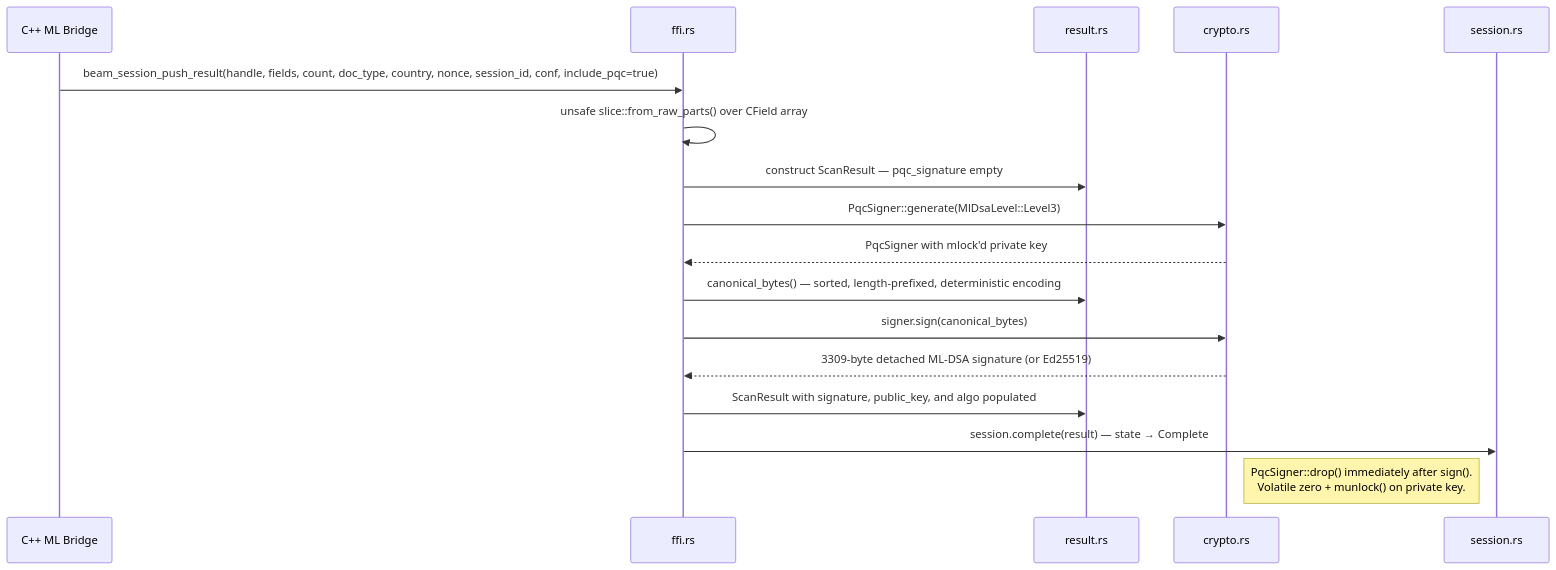
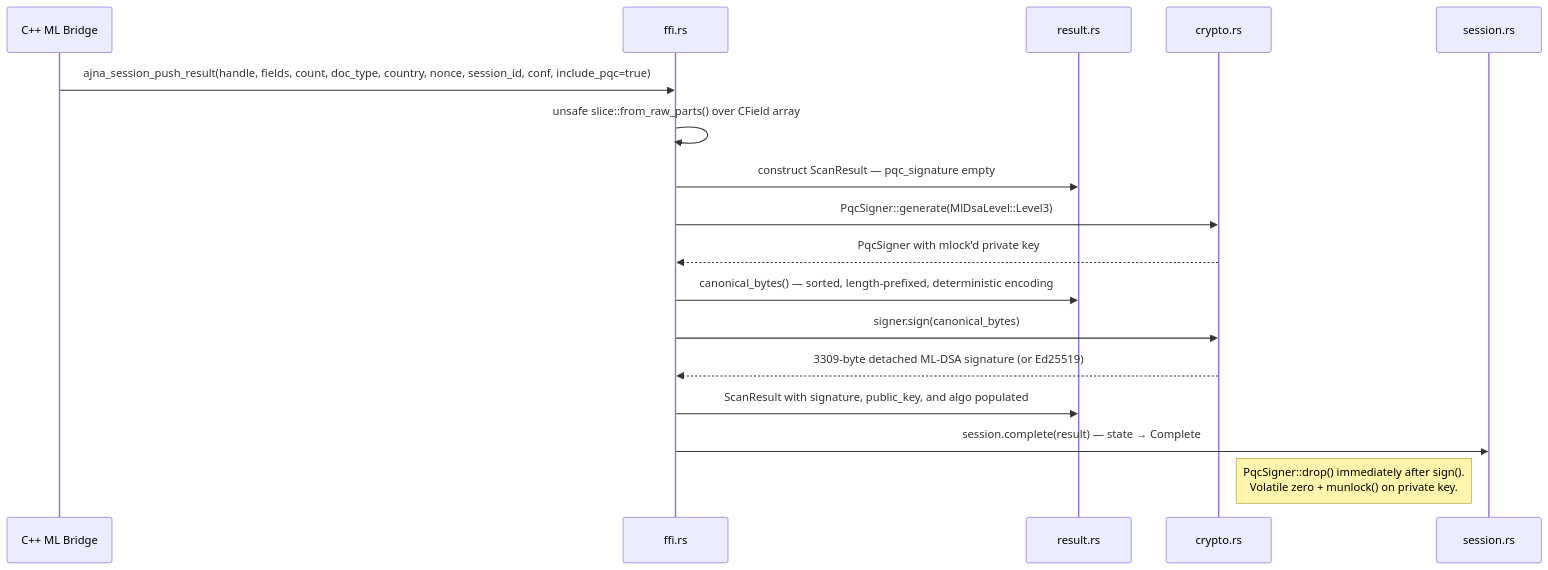
The ninth of 11 diagrams in README.md (NeoOne601/beam-sdk), drawn with Mermaid before and after one commit. The commit also changed other lines of this file and 146 other files, not shown here.

First line of the commit message:
refactor: rebrand Beam to Ajna across workspace, FFI, platform bridges, and docs

````diff
--- a/README.md
+++ b/README.md
@@ -370,20 +370,20 @@
 ```mermaid
 sequenceDiagram
     participant CPP as C++ ML Bridge
     participant FFI as ffi.rs
     participant RES as result.rs
     participant CRYPTO as crypto.rs
     participant SESSION as session.rs
 
-    CPP->>FFI: beam_session_push_result(handle, fields, count, doc_type, country, nonce, session_id, conf, include_pqc=true)
+    CPP->>FFI: ajna_session_push_result(handle, fields, count, doc_type, country, nonce, session_id, conf, include_pqc=true)
     FFI->>FFI: unsafe slice::from_raw_parts() over CField array
     FFI->>RES: construct ScanResult — pqc_signature empty
     FFI->>CRYPTO: PqcSigner::generate(MlDsaLevel::Level3)
     CRYPTO-->>FFI: PqcSigner with mlock'd private key
     FFI->>RES: canonical_bytes() — sorted, length-prefixed, deterministic encoding
     FFI->>CRYPTO: signer.sign(canonical_bytes)
     CRYPTO-->>FFI: 3309-byte detached ML-DSA signature (or Ed25519)
     FFI->>RES: ScanResult with signature, public_key, and algo populated
     FFI->>SESSION: session.complete(result) — state → Complete
     Note right of CRYPTO: PqcSigner::drop() immediately after sign().<br/>Volatile zero + munlock() on private key.
 ```
````
